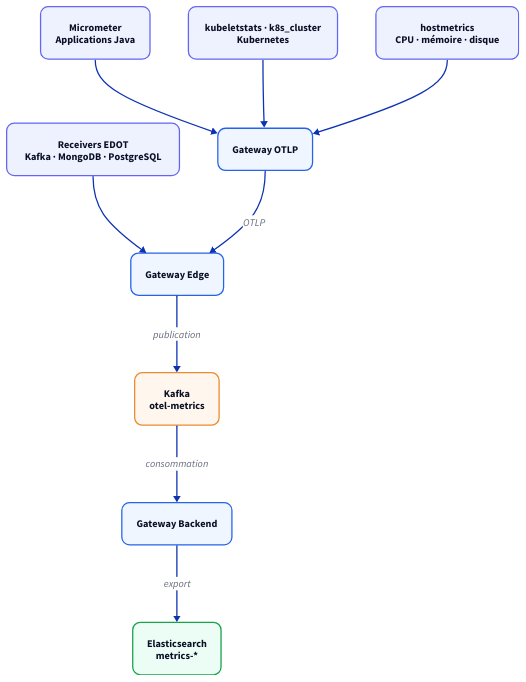
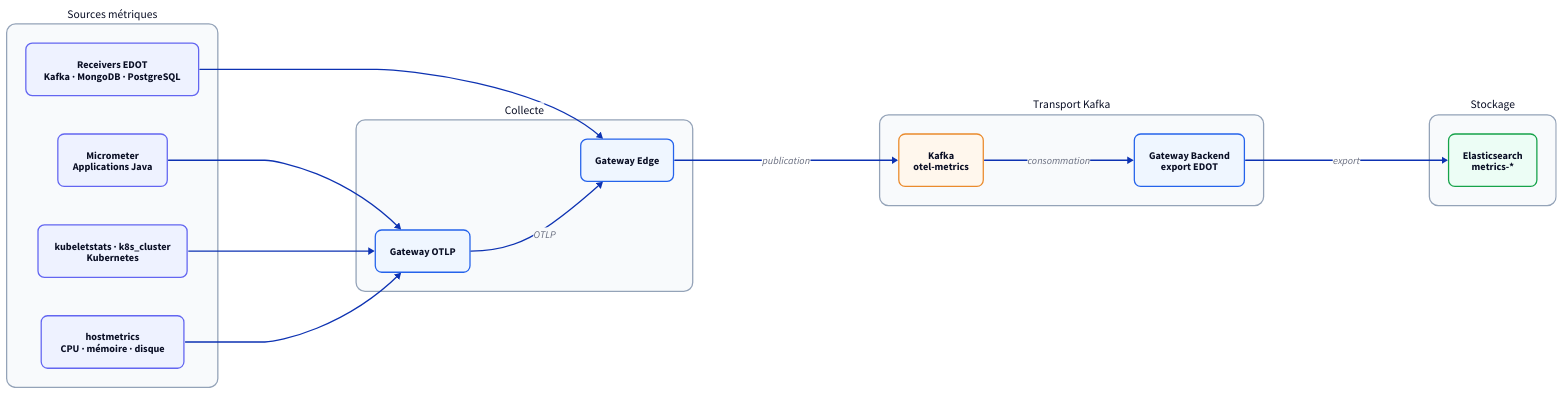
The diagram in architecture/slides/diagrams/metrics.d2 (elkouhen/systemlens-observability-lab), drawn with D2 before and after one commit. The commit also changed 31 other files, not shown here.

```diff
--- a/architecture/slides/diagrams/metrics.d2
+++ b/architecture/slides/diagrams/metrics.d2
@@ -1,26 +1,51 @@
-direction: down
+direction: right
+
 classes: {
-  source: {style.fill: "#eef2ff"; style.stroke: "#6366f1"; style.border-radius: 12}
-  gateway: {style.fill: "#eff6ff"; style.stroke: "#2563eb"; style.border-radius: 12}
-  transport: {style.fill: "#fff7ed"; style.stroke: "#ea8b2d"; style.border-radius: 12}
-  store: {style.fill: "#ecfdf5"; style.stroke: "#16a34a"; style.border-radius: 12}
+  lane: {
+    style.fill: "#f8fafc"
+    style.stroke: "#94a3b8"
+    style.border-radius: 14
+    style.font-size: 18
+  }
+  source: {style.fill: "#eef2ff"; style.stroke: "#6366f1"; style.border-radius: 10}
+  gateway: {style.fill: "#eff6ff"; style.stroke: "#2563eb"; style.border-radius: 10}
+  transport: {style.fill: "#fff7ed"; style.stroke: "#ea8b2d"; style.border-radius: 10}
+  store: {style.fill: "#ecfdf5"; style.stroke: "#16a34a"; style.border-radius: 10}
 }
 
-app: "Micrometer\nApplications Java" {class: source}
-k8s: "kubeletstats · k8s_cluster\nKubernetes" {class: source}
-host: "hostmetrics\nCPU · mémoire · disque" {class: source}
-db: "Receivers EDOT\nKafka · MongoDB · PostgreSQL" {class: source}
-gateway: "Gateway OTLP" {class: gateway}
-edge: "Gateway Edge" {class: gateway}
-kafka: "Kafka\notel-metrics" {class: transport}
-backend: "Gateway Backend" {class: gateway}
-elastic: "Elasticsearch\nmetrics-*" {class: store}
+sources: "Sources métriques" {
+  class: lane
+  direction: down
+  app: "Micrometer\nApplications Java" {class: source}
+  k8s: "kubeletstats · k8s_cluster\nKubernetes" {class: source}
+  host: "hostmetrics\nCPU · mémoire · disque" {class: source}
+  db: "Receivers EDOT\nKafka · MongoDB · PostgreSQL" {class: source}
+}
 
-app -> gateway
-k8s -> gateway
-host -> gateway
-db -> edge
-gateway -> edge: "OTLP"
-edge -> kafka: "publication"
-kafka -> backend: "consommation"
-backend -> elastic: "export"
+collect: "Collecte" {
+  class: lane
+  direction: down
+  gateway: "Gateway OTLP" {class: gateway}
+  edge: "Gateway Edge" {class: gateway}
+}
+
+transport: "Transport Kafka" {
+  class: lane
+  direction: down
+  kafka: "Kafka\notel-metrics" {class: transport}
+  backend: "Gateway Backend\nexport EDOT" {class: gateway}
+}
+
+storage: "Stockage" {
+  class: lane
+  elastic: "Elasticsearch\nmetrics-*" {class: store}
+}
+
+sources.app -> collect.gateway
+sources.k8s -> collect.gateway
+sources.host -> collect.gateway
+sources.db -> collect.edge
+collect.gateway -> collect.edge: "OTLP"
+collect.edge -> transport.kafka: "publication"
+transport.kafka -> transport.backend: "consommation"
+transport.backend -> storage.elastic: "export"
```
